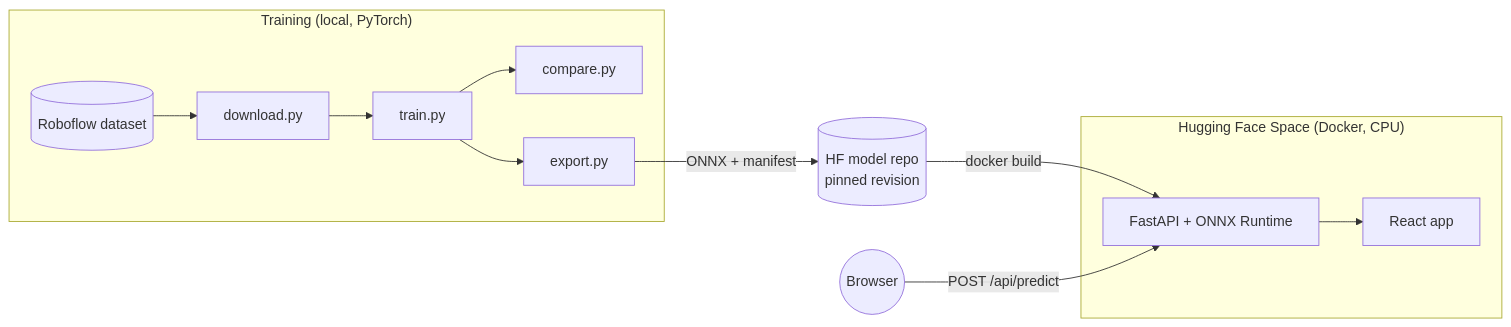
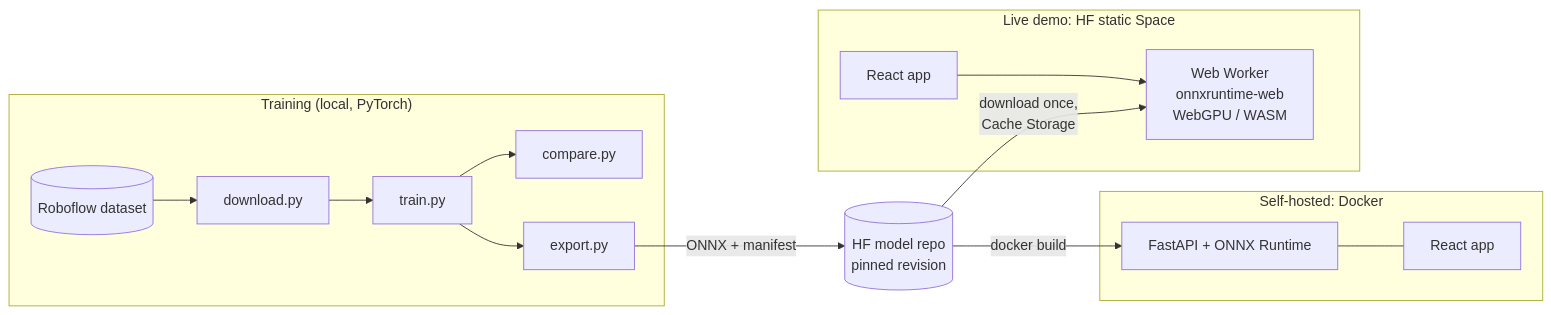
Before and after one commit to flupxscop/gem-defect-detection: the diagram in README.md, drawn with Mermaid. The commit also changed other lines of this file and 37 other files, not shown here.

First line of the commit message:
Run inference in the browser and harden the self-hosted server

````diff
--- a/README.md
+++ b/README.md
@@ -67,13 +78,16 @@
 ```mermaid
 flowchart LR
     subgraph Training ["Training (local, PyTorch)"]
         RF[(Roboflow dataset)] --> DL[download.py] --> TR[train.py] --> EV[compare.py]
         TR --> EX[export.py]
     end
     EX -- ONNX + manifest --> HUB[(HF model repo<br/>pinned revision)]
-    subgraph Space ["Hugging Face Space (Docker, CPU)"]
-        API[FastAPI + ONNX Runtime] --> WEB[React app]
+    subgraph Live ["Live demo: HF static Space"]
+        WEB[React app] --> WK[Web Worker<br/>onnxruntime-web<br/>WebGPU / WASM]
+    end
+    HUB -- "download once,<br/>Cache Storage" --> WK
+    subgraph Self ["Self-hosted: Docker"]
+        API[FastAPI + ONNX Runtime] --- WEB2[React app]
     end
     HUB -- docker build --> API
-    User((Browser)) -- "POST /api/predict" --> API
 ```
````
